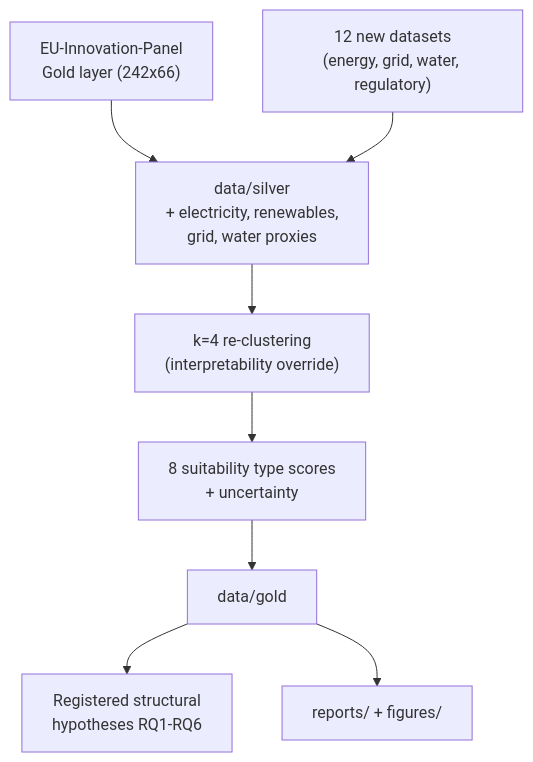
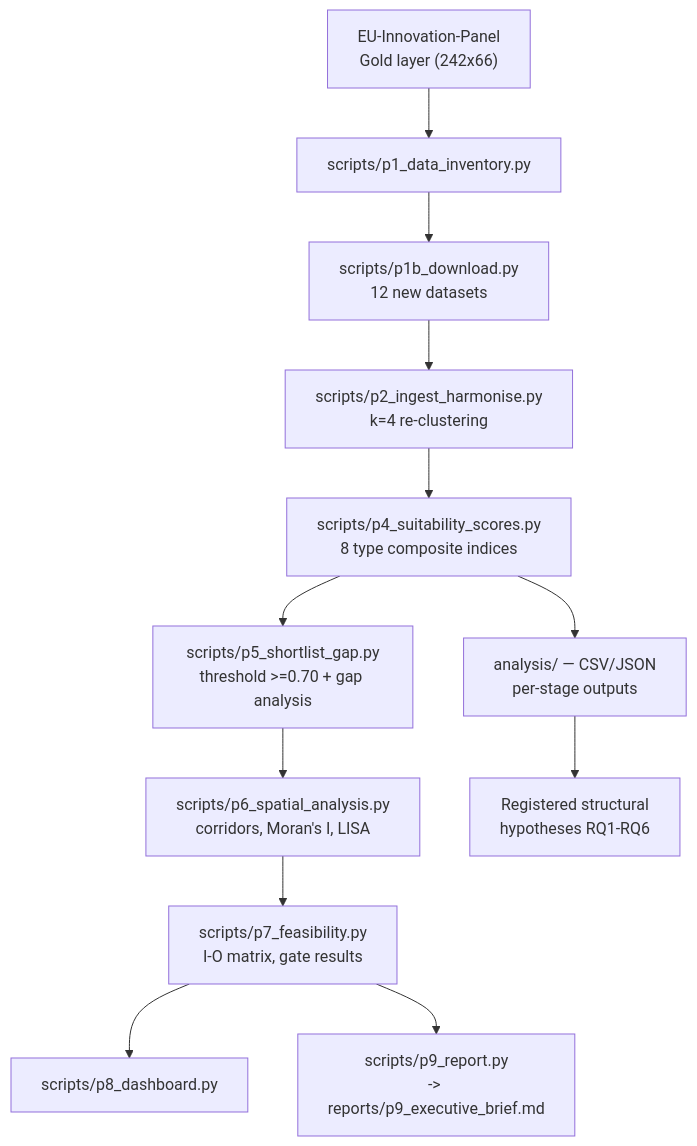
One commit to andrm101/eu-megacampus-siting changed the diagram in README.md. Above: the diagram before and after it, drawn with Mermaid. The commit also changed other lines of this file, not shown here.

Commit message:
docs: correct architecture diagram to match actual scripts/ layout
README's architecture diagram implied separate src/, analysis/, reports/
code directories, but all pipeline logic actually lives in scripts/
(p0-p9), with analysis/ and reports/ holding per-stage outputs only.
Verified reports/p9_executive_brief.md exists and is substantial (4,978
words) -- a prior audit had reported it missing, which was incorrect;
it's simply under reports/, not analysis/.

Claude-Session: https://claude.ai/code/session_01NGbC4Lkjyf4iwRhN5onkZ1

````diff
--- a/README.md
+++ b/README.md
@@ -26,10 +28,14 @@
 ```mermaid
 flowchart TD
-    UpstreamGold["EU-Innovation-Panel<br/>Gold layer (242x66)"] --> Silver["data/silver<br/>+ electricity, renewables,<br/>grid, water proxies"]
-    NewData["12 new datasets<br/>(energy, grid, water, regulatory)"] --> Silver
-    Silver --> Cluster["k=4 re-clustering<br/>(interpretability override)"]
-    Cluster --> Types["8 suitability type scores<br/>+ uncertainty"]
-    Types --> Gold["data/gold"]
-    Gold --> Hypotheses["Registered structural<br/>hypotheses RQ1-RQ6"]
-    Gold --> Reports["reports/ + figures/"]
+    UpstreamGold["EU-Innovation-Panel<br/>Gold layer (242x66)"] --> P1["scripts/p1_data_inventory.py"]
+    P1 --> P1b["scripts/p1b_download.py<br/>12 new datasets"]
+    P1b --> P2["scripts/p2_ingest_harmonise.py<br/>k=4 re-clustering"]
+    P2 --> P4["scripts/p4_suitability_scores.py<br/>8 type composite indices"]
+    P4 --> P5["scripts/p5_shortlist_gap.py<br/>threshold >=0.70 + gap analysis"]
+    P5 --> P6["scripts/p6_spatial_analysis.py<br/>corridors, Moran's I, LISA"]
+    P6 --> P7["scripts/p7_feasibility.py<br/>I-O matrix, gate results"]
+    P7 --> P8["scripts/p8_dashboard.py"]
+    P7 --> P9["scripts/p9_report.py<br/>-> reports/p9_executive_brief.md"]
+    P4 --> Analysis["analysis/ — CSV/JSON<br/>per-stage outputs"]
+    Analysis --> Hypotheses["Registered structural<br/>hypotheses RQ1-RQ6"]
 ```
````
